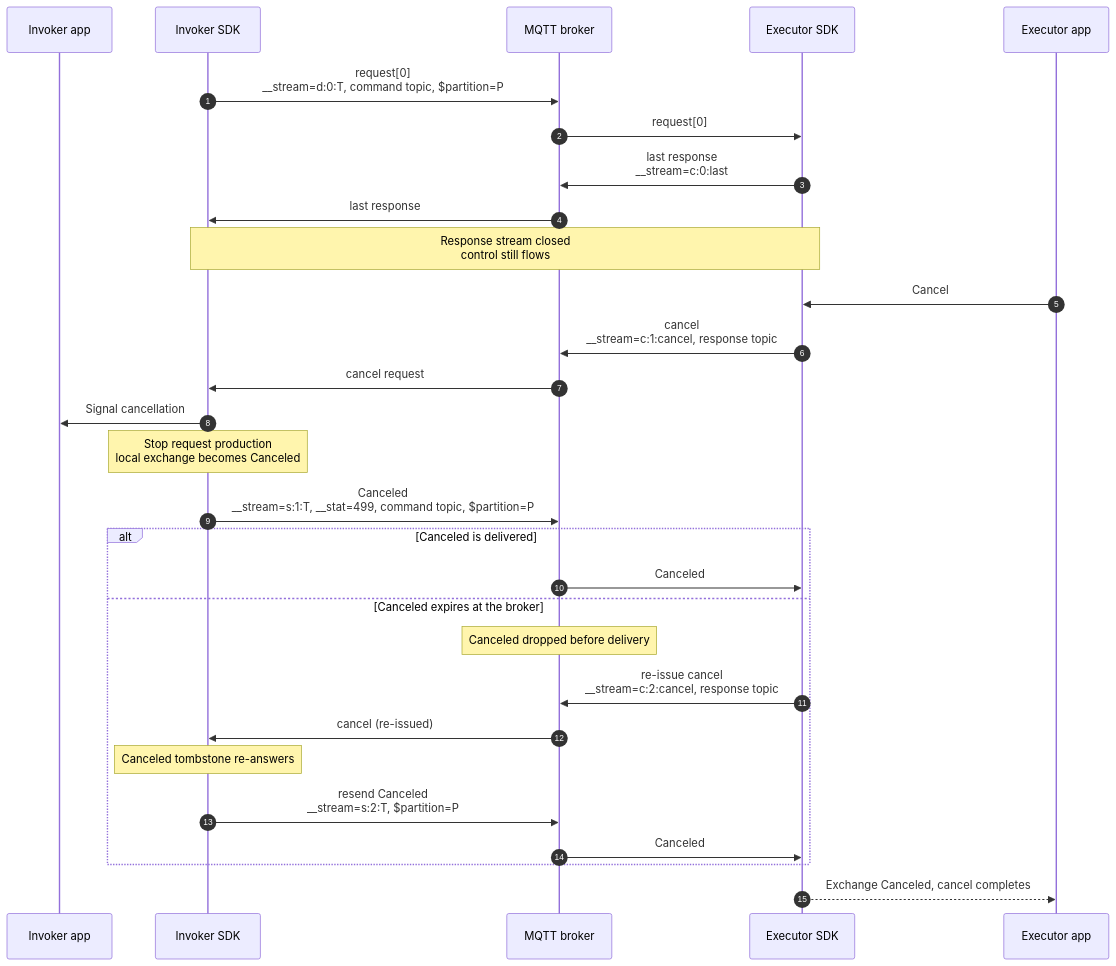
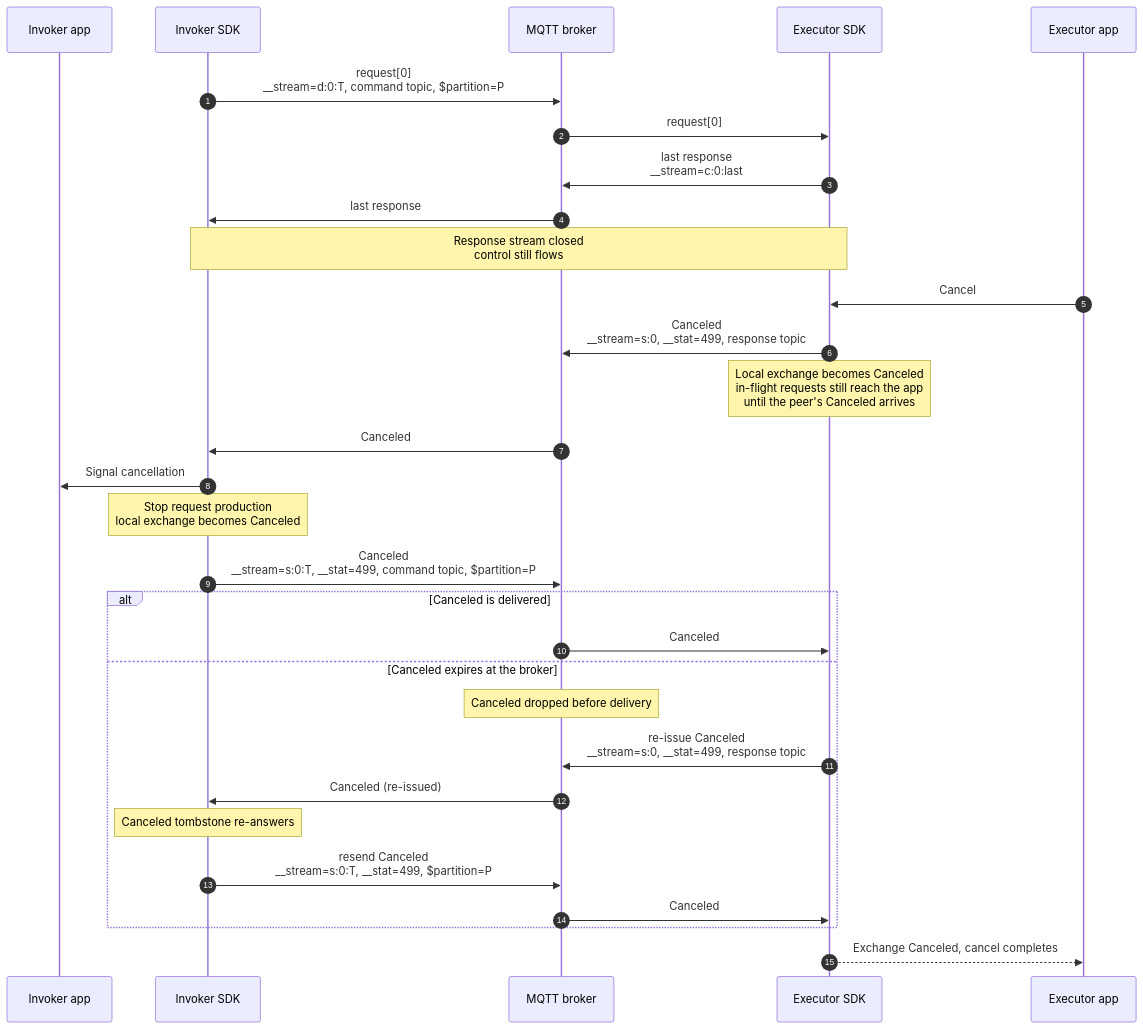
Before and after one commit to Azure/iot-operations-sdks: the sixth of 10 diagrams in doc/dev/adr/0025-rpc-streaming-lifecycle-diagrams.md, drawn with Mermaid. The commit also changed other lines of this file, not shown here.

Commit message:
fix: clarify cancellation message handling in RPC streaming lifecycle diagrams

````diff
--- a/doc/dev/adr/0025-rpc-streaming-lifecycle-diagrams.md
+++ b/doc/dev/adr/0025-rpc-streaming-lifecycle-diagrams.md
@@ -233,34 +239,35 @@
 ```mermaid
 sequenceDiagram
     autonumber
     participant IA as Invoker app
     participant IS as Invoker SDK
     participant B as MQTT broker
     participant ES as Executor SDK
     participant EA as Executor app
 
     IS->>B: request[0]<br/>__stream=d:0:T, command topic, $partition=P
     B->>ES: request[0]
     ES->>B: last response<br/>__stream=c:0:last
     B->>IS: last response
     Note over IS,ES: Response stream closed<br/>control still flows
     EA->>ES: Cancel
-    ES->>B: cancel<br/>__stream=c:1:cancel, response topic
-    B->>IS: cancel request
+    ES->>B: Canceled<br/>__stream=s:0, __stat=499, response topic
+    Note over ES: Local exchange becomes Canceled<br/>in-flight requests still reach the app<br/>until the peer's Canceled arrives
+    B->>IS: Canceled
     IS->>IA: Signal cancellation
     Note over IS: Stop request production<br/>local exchange becomes Canceled
-    IS->>B: Canceled<br/>__stream=s:1:T, __stat=499, command topic, $partition=P
+    IS->>B: Canceled<br/>__stream=s:0:T, __stat=499, command topic, $partition=P
 
     alt Canceled is delivered
         B->>ES: Canceled
     else Canceled expires at the broker
         Note over B: Canceled dropped before delivery
-        ES->>B: re-issue cancel<br/>__stream=c:2:cancel, response topic
-        B->>IS: cancel (re-issued)
+        ES->>B: re-issue Canceled<br/>__stream=s:0, __stat=499, response topic
+        B->>IS: Canceled (re-issued)
         Note over IS: Canceled tombstone re-answers
-        IS->>B: resend Canceled<br/>__stream=s:2:T, $partition=P
+        IS->>B: resend Canceled<br/>__stream=s:0:T, __stat=499, $partition=P
         B->>ES: Canceled
     end
 
     ES-->>EA: Exchange Canceled, cancel completes
 ```
````
